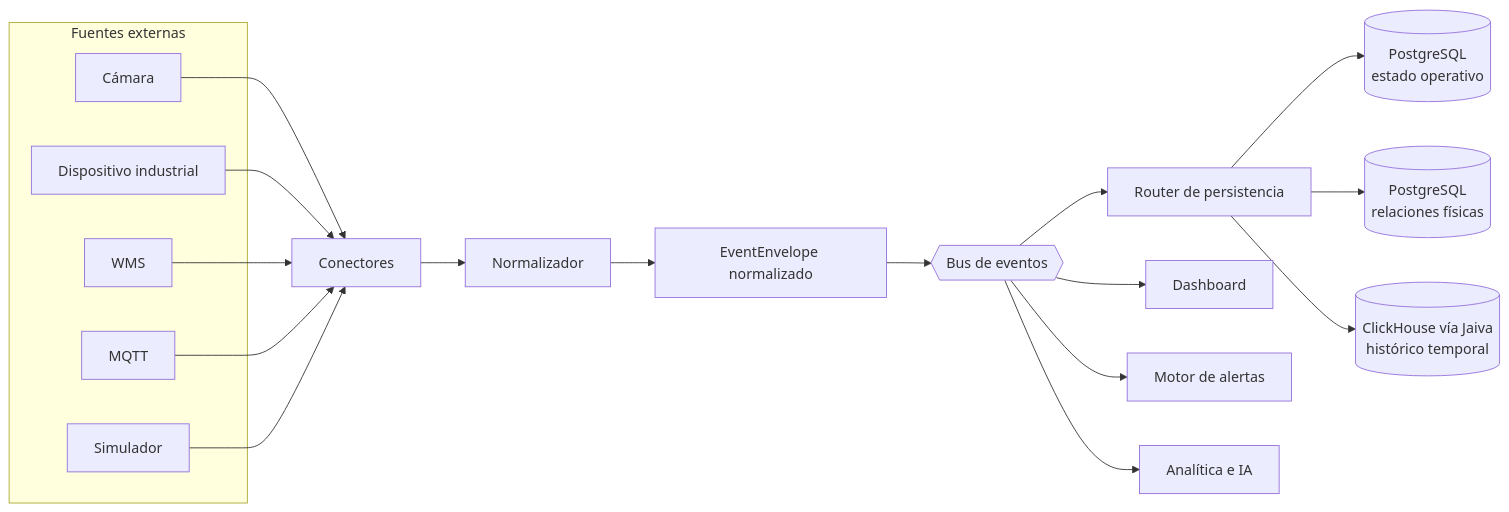
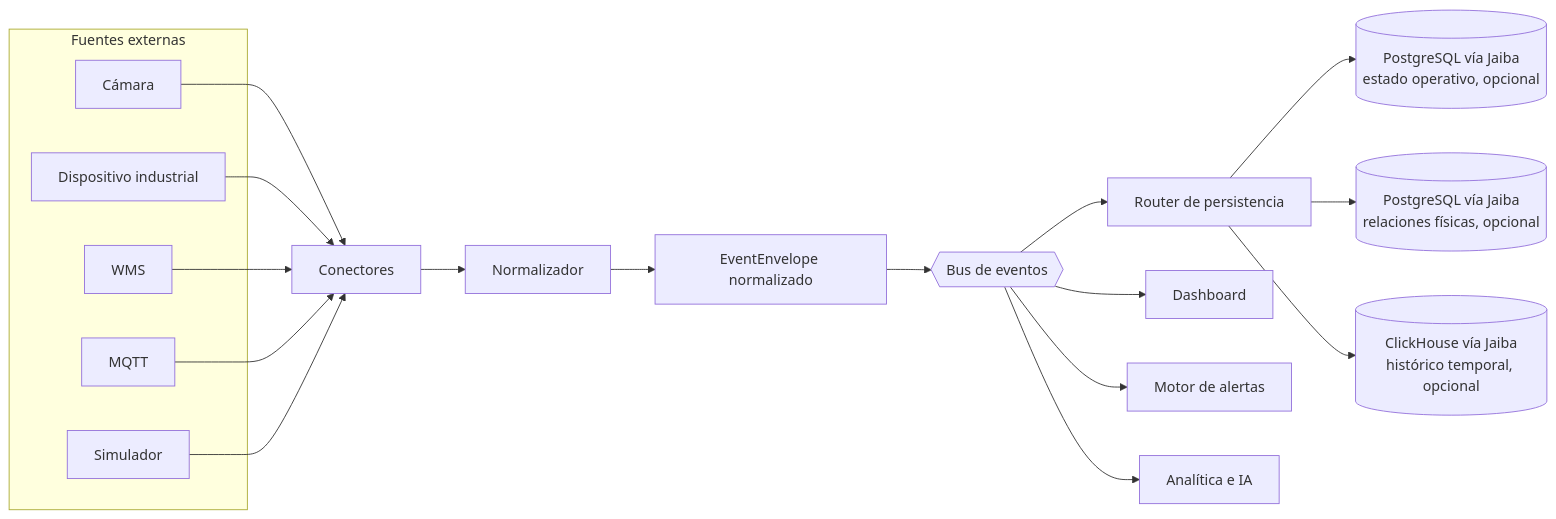
The first of 9 diagrams in core/rs/ARCHITECTURE.md (dfr2098/broder), drawn with Mermaid before and after one commit. The commit also changed other lines of this file and 17 other files, not shown here.

First line of the commit message:
Reconcile Broder docs with Jaiba/DMA_JAIVA architecture brief.

````diff
--- a/core/rs/ARCHITECTURE.md
+++ b/core/rs/ARCHITECTURE.md
@@ -18,29 +18,29 @@
 ```mermaid
 flowchart LR
     subgraph Fuentes[Fuentes externas]
         CAM[Cámara]
         DEV[Dispositivo industrial]
         WMS[WMS]
         MQTT[MQTT]
         SIM[Simulador]
     end
 
     CAM --> CON[Conectores]
     DEV --> CON
     WMS --> CON
     MQTT --> CON
     SIM --> CON
 
     CON --> NOR[Normalizador]
     NOR --> ENV[EventEnvelope normalizado]
     ENV --> BUS{{Bus de eventos}}
 
     BUS --> PER[Router de persistencia]
     BUS --> DASH[Dashboard]
     BUS --> ALT[Motor de alertas]
     BUS --> ANA[Analítica e IA]
 
-    PER --> PG[(PostgreSQL<br/>estado operativo)]
-    PER --> REL[(PostgreSQL<br/>relaciones físicas)]
-    PER --> TEMP[(ClickHouse vía Jaiva<br/>histórico temporal)]
+    PER --> PG[(PostgreSQL vía Jaiba<br/>estado operativo, opcional)]
+    PER --> REL[(PostgreSQL vía Jaiba<br/>relaciones físicas, opcional)]
+    PER --> TEMP[(ClickHouse vía Jaiba<br/>histórico temporal, opcional)]
 ```
````
